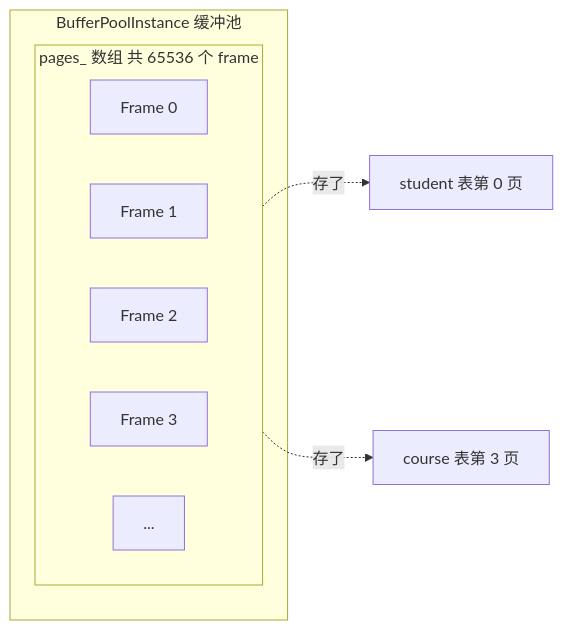
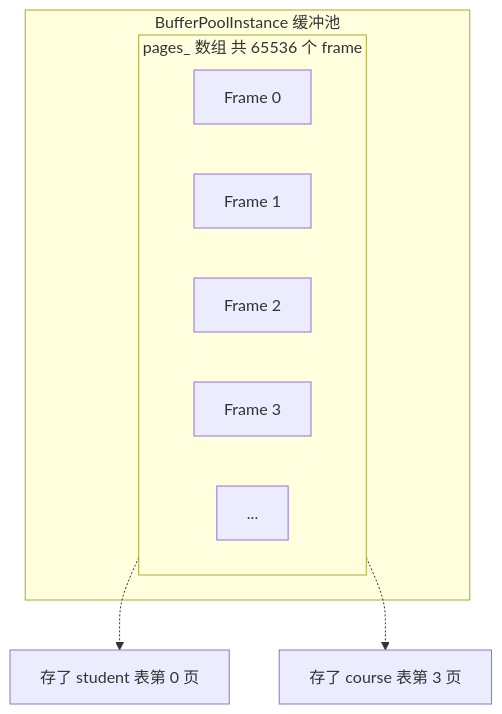
One commit to Dorian7Alden/RMDB-2024-Analyze changed the first of 6 diagrams in my-analysis/01-storage-layer/04-buffer-pool-overview.md. Above: the diagram before and after it, drawn with Mermaid.

Commit message:
帧与页子图：外层 TD 内层 LR，数组横向排布符合直觉

````diff
--- a/my-analysis/01-storage-layer/04-buffer-pool-overview.md
+++ b/my-analysis/01-storage-layer/04-buffer-pool-overview.md
@@ -26,15 +26,15 @@
 ```mermaid
-flowchart LR
+flowchart TD
     subgraph BP["BufferPoolInstance 缓冲池"]
         subgraph pages["pages_ 数组 共 65536 个 frame"]
             direction LR
             F0["Frame 0"]
             F1["Frame 1"]
             F2["Frame 2"]
             F3["Frame 3"]
             FN["..."]
         end
     end
-    F0 -.->|"存了"| STU["student 表第 0 页"]
-    F3 -.->|"存了"| COU["course 表第 3 页"]
+    F0 -.-> STU["存了 student 表第 0 页"]
+    F3 -.-> COU["存了 course 表第 3 页"]
 ```
````
